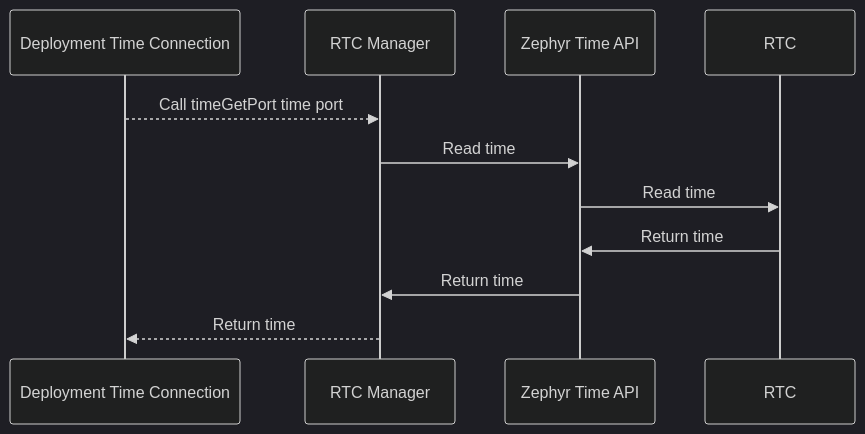
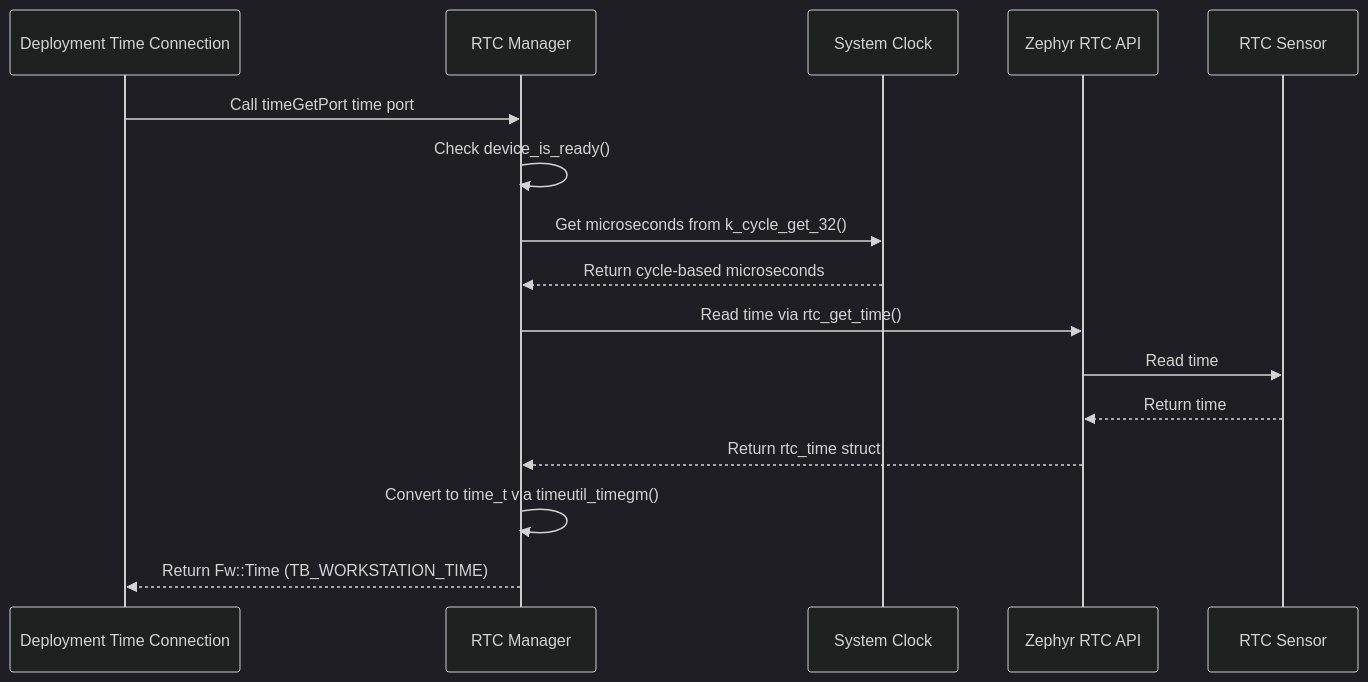
One commit to Open-Source-Space-Foundation/proves-core-reference changed the second of 7 diagrams in FprimeZephyrReference/Components/Drv/RtcManager/docs/sdd.md. Above: the diagram before and after it, drawn with Mermaid (dark theme). The commit also changed other lines of this file, not shown here.

````diff
--- a/FprimeZephyrReference/Components/Drv/RtcManager/docs/sdd.md
+++ b/FprimeZephyrReference/Components/Drv/RtcManager/docs/sdd.md
@@ -82,13 +97,18 @@
 ```mermaid
 sequenceDiagram
     participant Deployment Time Connection
     participant RTC Manager
-    participant Zephyr Time API
-    participant RTC
-    Deployment Time Connection-->>RTC Manager: Call timeGetPort time port
-    RTC Manager->>Zephyr Time API: Read time
-    Zephyr Time API->>RTC: Read time
-    RTC->>Zephyr Time API: Return time
-    Zephyr Time API->>RTC Manager: Return time
-    RTC Manager-->>Deployment Time Connection: Return time
+    participant System Clock
+    participant Zephyr RTC API
+    participant RTC Sensor
+    Deployment Time Connection->>RTC Manager: Call timeGetPort time port
+    RTC Manager->>RTC Manager: Check device_is_ready()
+    RTC Manager->>System Clock: Get microseconds from k_cycle_get_32()
+    System Clock-->>RTC Manager: Return cycle-based microseconds
+    RTC Manager->>Zephyr RTC API: Read time via rtc_get_time()
+    Zephyr RTC API->>RTC Sensor: Read time
+    RTC Sensor-->>Zephyr RTC API: Return time
+    Zephyr RTC API-->>RTC Manager: Return rtc_time struct
+    RTC Manager->>RTC Manager: Convert to time_t via timeutil_timegm()
+    RTC Manager-->>Deployment Time Connection: Return Fw::Time (TB_WORKSTATION_TIME)
 ```
````
